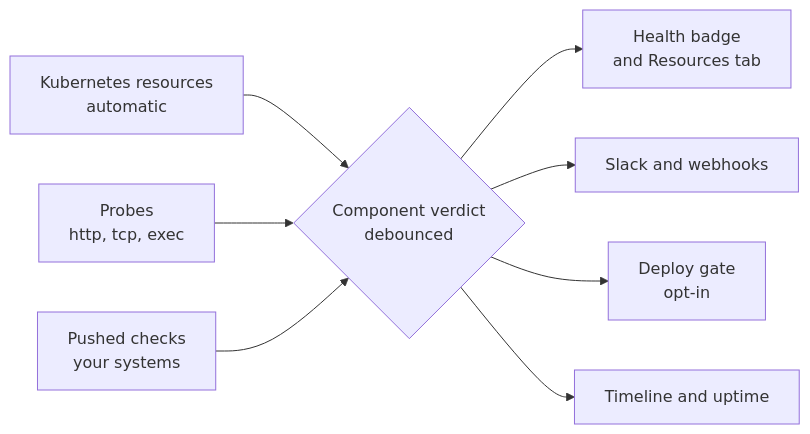
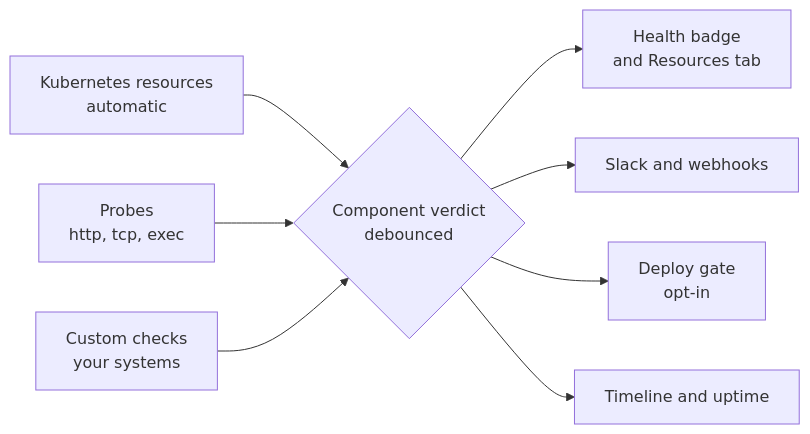
One commit to nuonco/nuon changed the first of 2 diagrams in docs/guides/component-health.mdx. Above: the diagram before and after it, drawn with Mermaid. The commit also changed other lines of this file, not shown here.

Commit message:
docs: call them custom checks not pushed

````diff
--- a/docs/guides/component-health.mdx
+++ b/docs/guides/component-health.mdx
@@ -78,13 +78,13 @@
 ```mermaid
 flowchart LR
     v{"Component verdict<br/>debounced"}
 
     k8s["Kubernetes resources<br/>automatic"] --> v
     probes["Probes<br/>http, tcp, exec"] --> v
-    pushed["Pushed checks<br/>your systems"] --> v
+    custom["Custom checks<br/>your systems"] --> v
 
     v --> badge["Health badge<br/>and Resources tab"]
     v --> alerts["Slack and webhooks"]
     v --> gate["Deploy gate<br/>opt-in"]
     v --> history["Timeline and uptime"]
 ```
````
